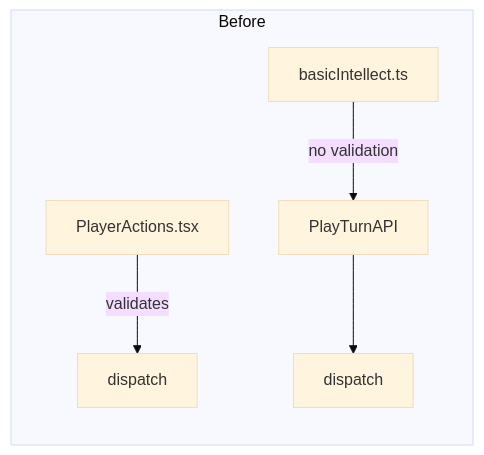
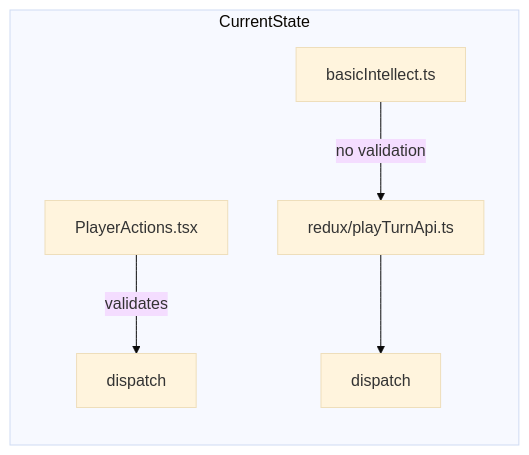
Before and after one commit to konrad-jamrozik/game-ts: the first of 2 diagrams in .cursor/plans/validation_in_playturnapi_a049ca2d.plan.md, drawn with Mermaid (base theme). The commit also changed other lines of this file, not shown here.

````diff
--- a/.cursor/plans/validation_in_playturnapi_a049ca2d.plan.md
+++ b/.cursor/plans/validation_in_playturnapi_a049ca2d.plan.md
@@ -46,7 +46,7 @@
 ```mermaid
 flowchart LR
-    subgraph Before
+    subgraph CurrentState
         UI1[PlayerActions.tsx] -->|validates| UI2[dispatch]
-        AI1[basicIntellect.ts] -->|no validation| API1[PlayTurnAPI] --> D1[dispatch]
+        AI1[basicIntellect.ts] -->|no validation| API1[redux/playTurnApi.ts] --> D1[dispatch]
     end
 ```
````
